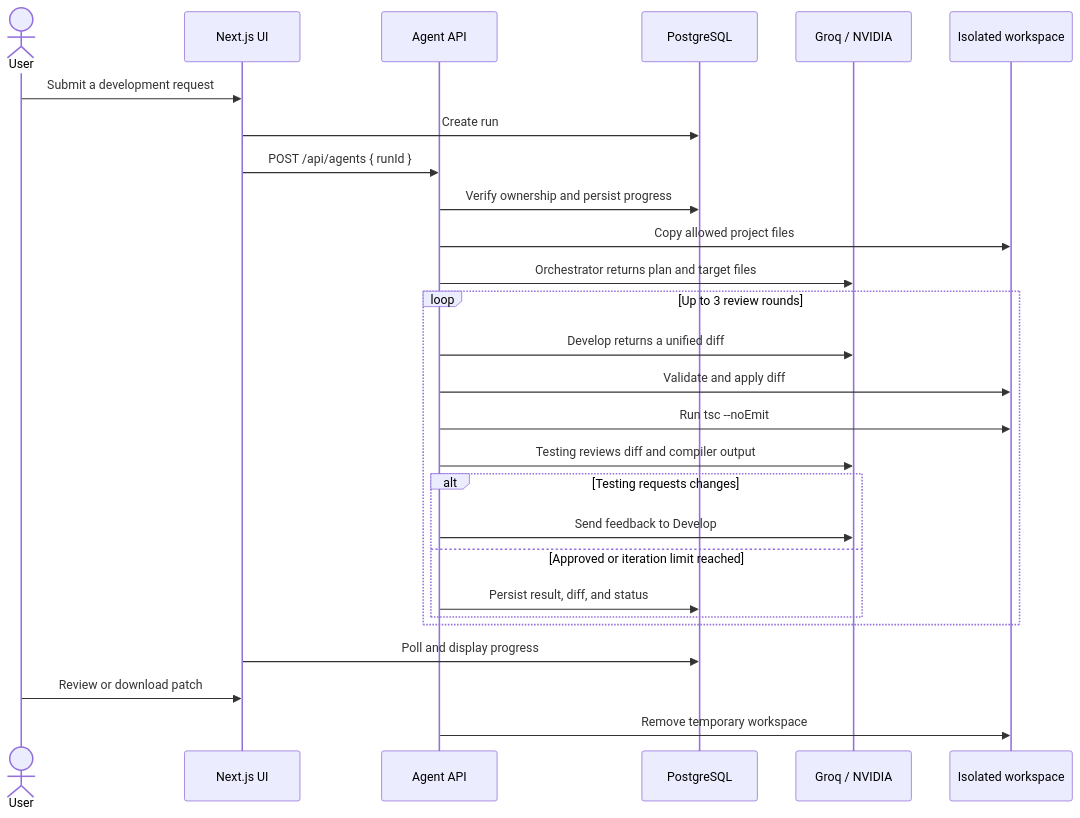
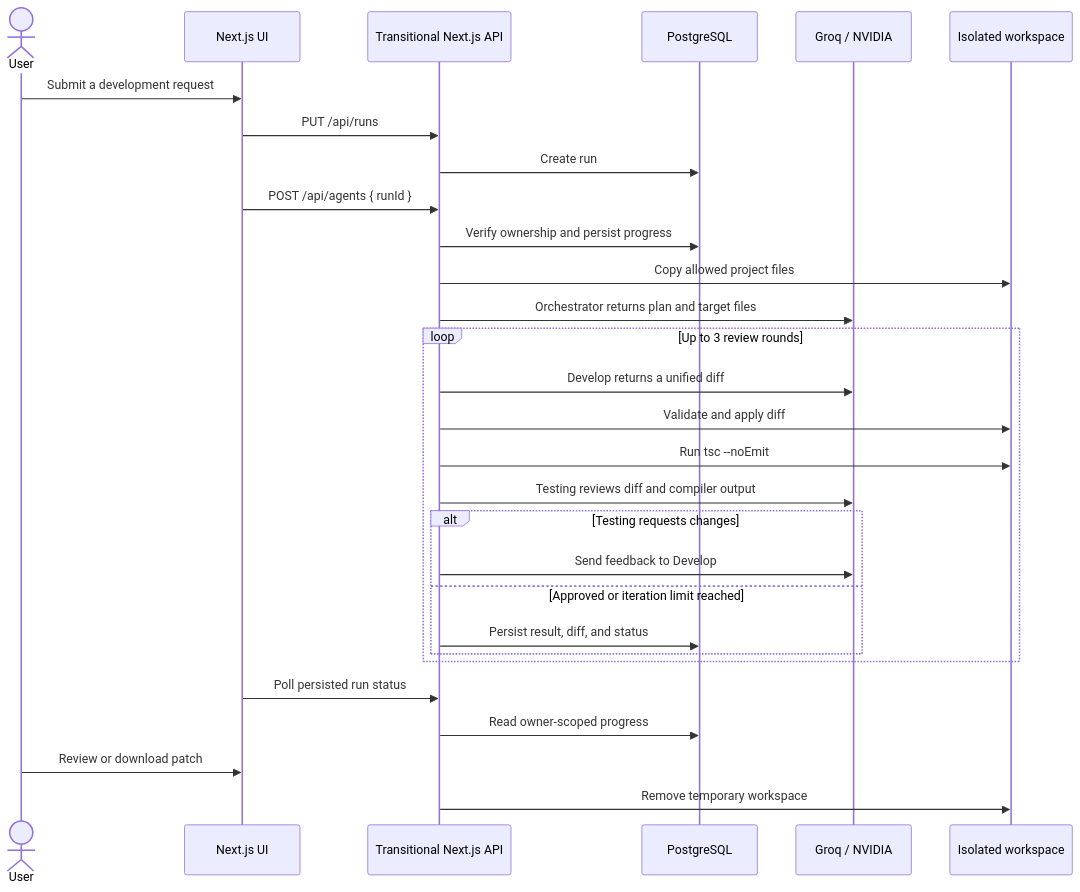
One commit to venturaproject/agents-orchestrator changed the diagram in README.md. Above: the diagram before and after it, drawn with Mermaid. The commit also changed other lines of this file and 126 other files, not shown here.

````diff
--- a/README.md
+++ b/README.md
@@ -26,30 +26,32 @@
 ```mermaid
 sequenceDiagram
     actor User
     participant UI as Next.js UI
-    participant API as Agent API
+    participant API as Transitional Next.js API
     participant DB as PostgreSQL
     participant LLM as Groq / NVIDIA
     participant Sandbox as Isolated workspace
 
     User->>UI: Submit a development request
-    UI->>DB: Create run
+    UI->>API: PUT /api/runs
+    API->>DB: Create run
     UI->>API: POST /api/agents { runId }
     API->>DB: Verify ownership and persist progress
     API->>Sandbox: Copy allowed project files
     API->>LLM: Orchestrator returns plan and target files
     loop Up to 3 review rounds
         API->>LLM: Develop returns a unified diff
         API->>Sandbox: Validate and apply diff
         API->>Sandbox: Run tsc --noEmit
         API->>LLM: Testing reviews diff and compiler output
         alt Testing requests changes
             API->>LLM: Send feedback to Develop
         else Approved or iteration limit reached
             API->>DB: Persist result, diff, and status
         end
     end
-    UI->>DB: Poll and display progress
+    UI->>API: Poll persisted run status
+    API->>DB: Read owner-scoped progress
     User->>UI: Review or download patch
     API->>Sandbox: Remove temporary workspace
 ```
````
